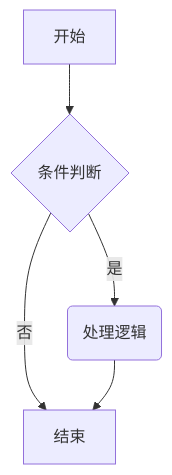
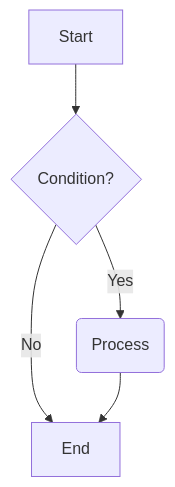
One commit to sunny0826/mdbijou changed the first of 2 diagrams in sample.md. Above: the diagram before and after it, drawn with Mermaid. The commit also changed other lines of this file and 3 other files, not shown here.

````diff
--- a/sample.md
+++ b/sample.md
@@ -59,7 +59,7 @@
 ```mermaid
 graph TD
-  A[开始] --> B{条件判断}
-  B -->|是| C(处理逻辑)
-  B -->|否| D[结束]
+  A[Start] --> B{Condition?}
+  B -->|Yes| C(Process)
+  B -->|No| D[End]
   C --> D
 ```
````
